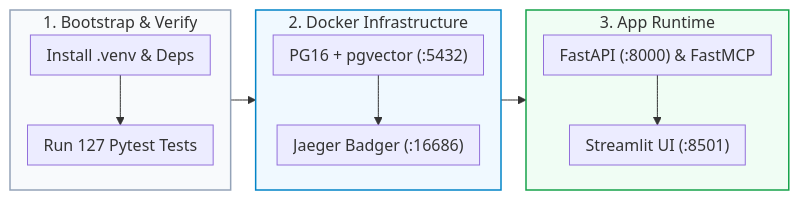
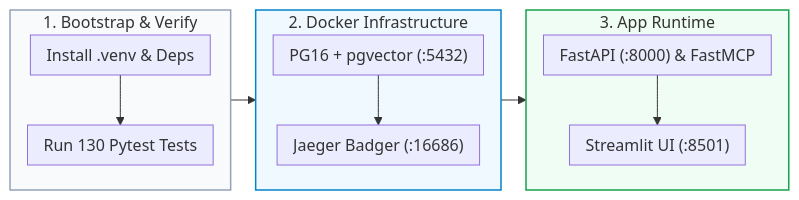
The third of 7 diagrams in README.md (Kenono2000/enterprise-rag-pgvector-rbac), drawn with Mermaid before and after one commit. The commit also changed other lines of this file and 7 other files, not shown here.

````diff
--- a/README.md
+++ b/README.md
@@ -72,20 +72,20 @@
 ```mermaid
 %%{init: {'flowchart': {'nodeSpacing': 15, 'rankSpacing': 25, 'padding': 8}}}%%
 flowchart LR
     subgraph DevBootstrap ["1. Bootstrap & Verify"]
         direction TB
-        Venv["Install .venv & Deps"] --> Pytest["Run 127 Pytest Tests"]
+        Venv["Install .venv & Deps"] --> Pytest["Run 130 Pytest Tests"]
     end
     subgraph Containers ["2. Docker Infrastructure"]
         direction TB
         PG16["PG16 + pgvector (:5432)"] --> Jaeger["Jaeger Badger (:16686)"]
     end
     subgraph Services ["3. App Runtime"]
         direction TB
         FastAPI["FastAPI (:8000) & FastMCP"] --> Streamlit["Streamlit UI (:8501)"]
     end
     DevBootstrap --> Containers --> Services
     style DevBootstrap fill:#f8fafc,stroke:#94a3b8,stroke-width:1.5px
     style Containers fill:#f0f9ff,stroke:#0284c7,stroke-width:1.5px
     style Services fill:#f0fdf4,stroke:#16a34a,stroke-width:1.5px
 ```
````
